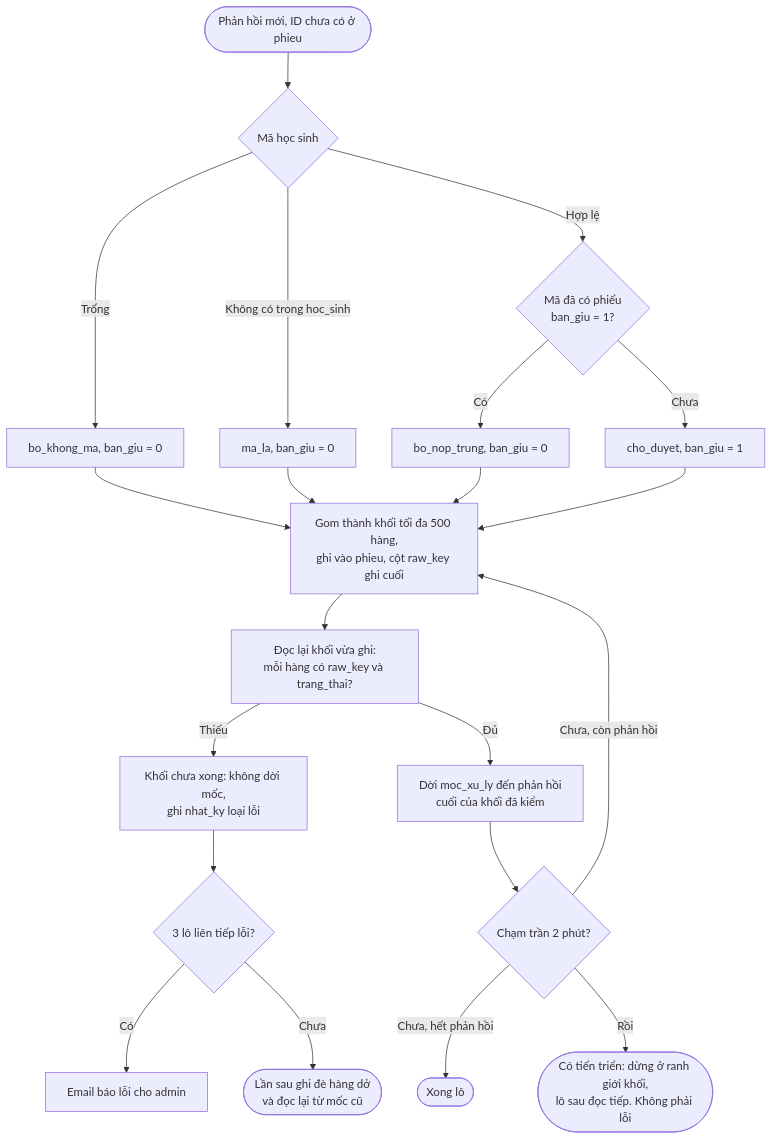
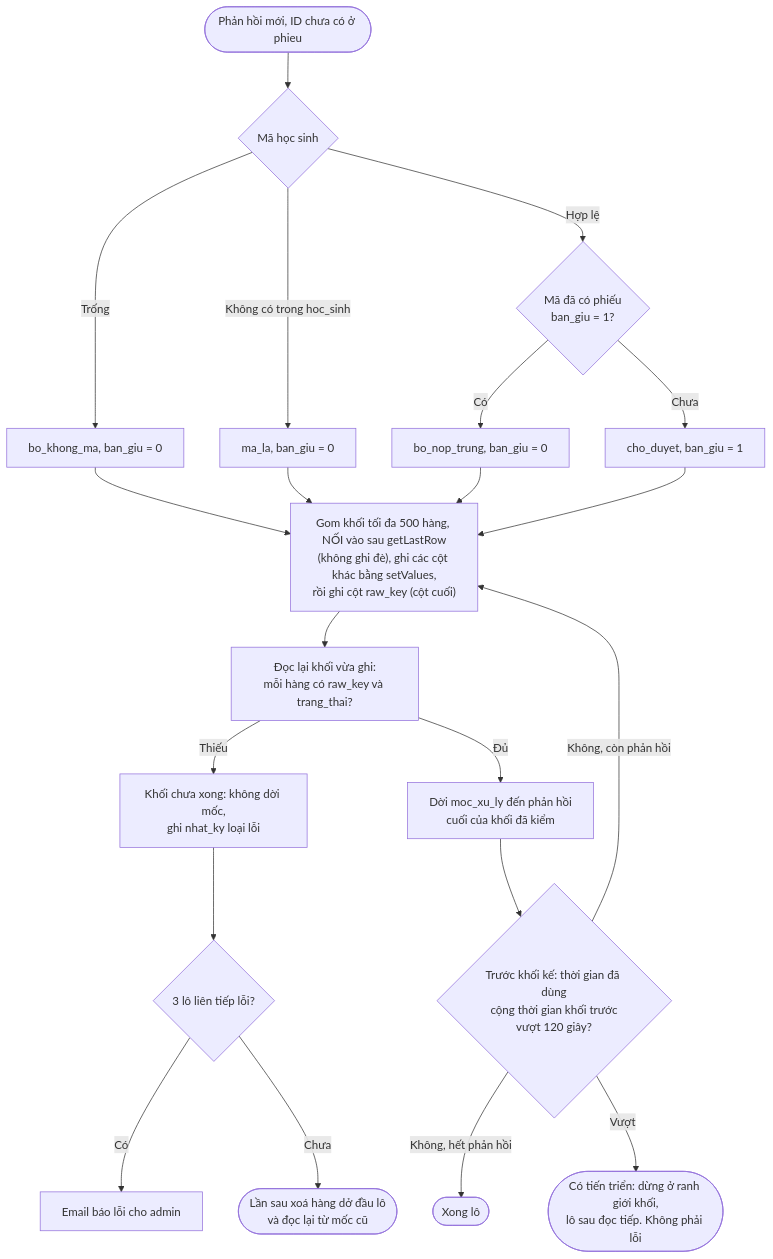
One commit to nguyenphanvantruong6969-arch/TESTING-DEV changed the diagram in docs/he_sinh_thai/anh/b2_xu_ly_lo.mmd. Above: the diagram before and after it, drawn with Mermaid. The commit also changed 10 other files, not shown here.

First line of the commit message:
T4 sửa vòng 3b: quy ước cài đặt cho K2 (mục 7.7), vòng đời trigger tách đóng form và kết thúc lô, dọn hàng dở đầu lô, thoi_gian_nop, xuất riêng khỏi chốt

```diff
--- a/docs/he_sinh_thai/anh/b2_xu_ly_lo.mmd
+++ b/docs/he_sinh_thai/anh/b2_xu_ly_lo.mmd
@@ -1,21 +1,21 @@
 flowchart TD
   A(["Phản hồi mới, ID chưa có ở phieu"]) --> P{"Mã học sinh"}
   P -->|"Trống"| S1["bo_khong_ma, ban_giu = 0"]
   P -->|"Không có trong hoc_sinh"| S2["ma_la, ban_giu = 0"]
   P -->|"Hợp lệ"| D{"Mã đã có phiếu<br/>ban_giu = 1?"}
   D -->|"Có"| S3["bo_nop_trung, ban_giu = 0"]
   D -->|"Chưa"| S4["cho_duyet, ban_giu = 1"]
   S1 --> BL
   S2 --> BL
   S3 --> BL
   S4 --> BL
-  BL["Gom thành khối tối đa 500 hàng,<br/>ghi vào phieu, cột raw_key ghi cuối"] --> RV["Đọc lại khối vừa ghi:<br/>mỗi hàng có raw_key và trang_thai?"]
+  BL["Gom khối tối đa 500 hàng, NỐI vào sau getLastRow<br/>(không ghi đè), ghi các cột khác bằng setValues,<br/>rồi ghi cột raw_key (cột cuối)"] --> RV["Đọc lại khối vừa ghi:<br/>mỗi hàng có raw_key và trang_thai?"]
   RV -->|"Thiếu"| ER["Khối chưa xong: không dời mốc,<br/>ghi nhat_ky loại lỗi"]
   RV -->|"Đủ"| MC["Dời moc_xu_ly đến phản hồi<br/>cuối của khối đã kiểm"]
-  MC --> CAP{"Chạm trần 2 phút?"}
-  CAP -->|"Chưa, còn phản hồi"| BL
-  CAP -->|"Chưa, hết phản hồi"| OK(["Xong lô"])
-  CAP -->|"Rồi"| PR(["Có tiến triển: dừng ở ranh giới khối,<br/>lô sau đọc tiếp. Không phải lỗi"])
+  MC --> CAP{"Trước khối kế: thời gian đã dùng<br/>cộng thời gian khối trước<br/>vượt 120 giây?"}
+  CAP -->|"Không, còn phản hồi"| BL
+  CAP -->|"Không, hết phản hồi"| OK(["Xong lô"])
+  CAP -->|"Vượt"| PR(["Có tiến triển: dừng ở ranh giới khối,<br/>lô sau đọc tiếp. Không phải lỗi"])
   ER --> N{"3 lô liên tiếp lỗi?"}
   N -->|"Có"| EM["Email báo lỗi cho admin"]
-  N -->|"Chưa"| RT(["Lần sau ghi đè hàng dở<br/>và đọc lại từ mốc cũ"])
+  N -->|"Chưa"| RT(["Lần sau xoá hàng dở đầu lô<br/>và đọc lại từ mốc cũ"])
```
